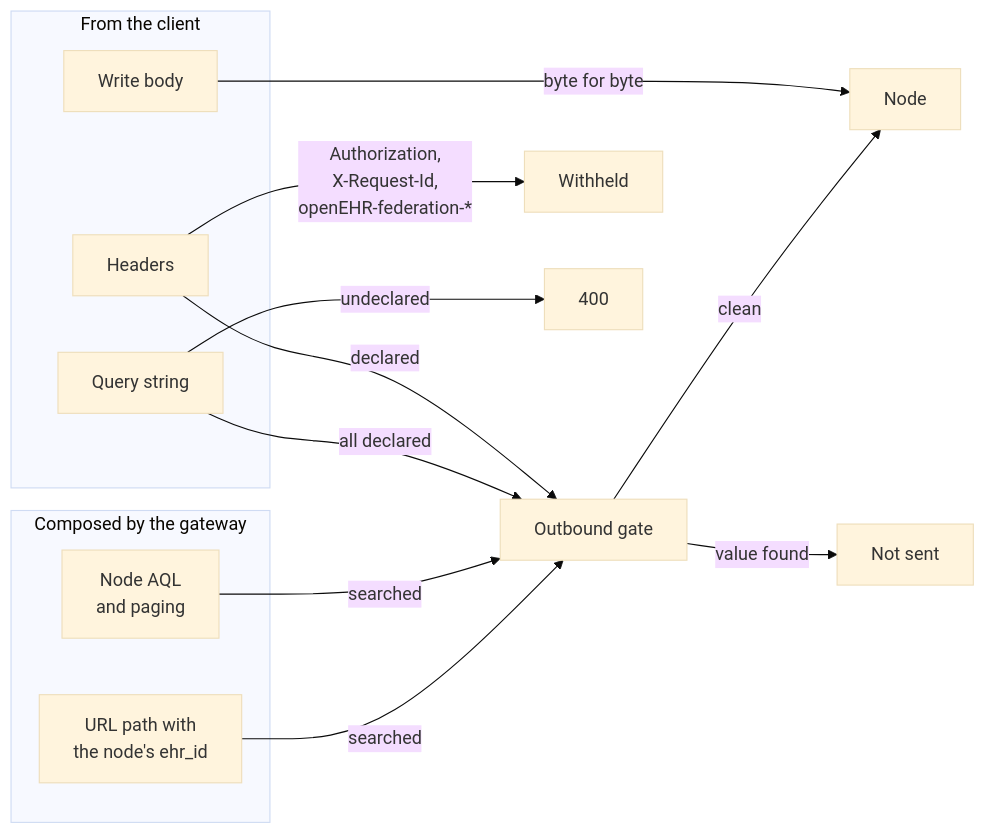
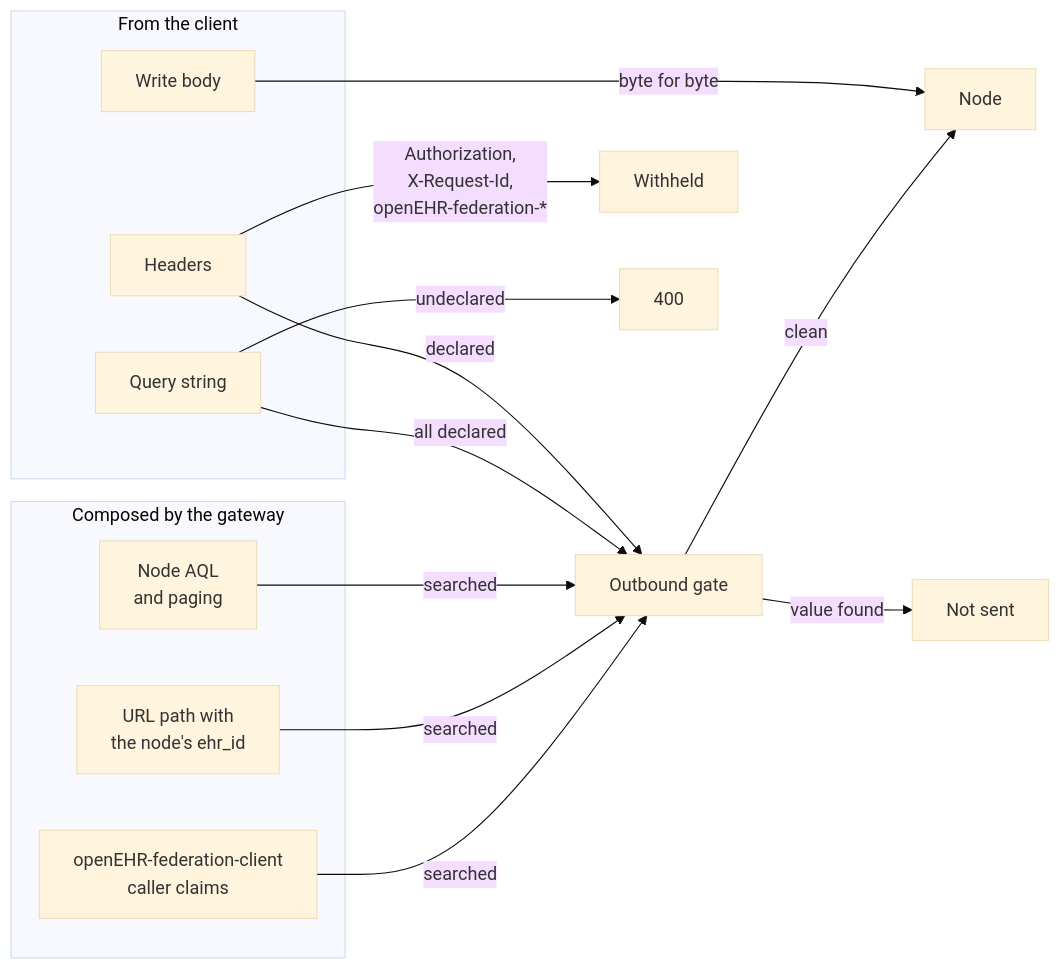
One commit to FerroHEALTH/FerroFED changed the second of 2 diagrams in website/book/src/how-it-works/identifier-hygiene.md. Above: the diagram before and after it, drawn with Mermaid (base theme). The commit also changed other lines of this file and 111 other files, not shown here.

````diff
--- a/website/book/src/how-it-works/identifier-hygiene.md
+++ b/website/book/src/how-it-works/identifier-hygiene.md
@@ -60,21 +60,23 @@
 ```mermaid
 flowchart LR
     subgraph client["From the client"]
         ch["Headers"]
         cq["Query string"]
         cb["Write body"]
     end
     subgraph composed["Composed by the gateway"]
         aql["Node AQL<br/>and paging"]
         path["URL path with<br/>the node's ehr_id"]
+        conv["openEHR-federation-client<br/>caller claims"]
     end
     ch -->|"declared"| gate["Outbound gate"]
     ch -->|"Authorization,<br/>X-Request-Id,<br/>openEHR-federation-*"| held["Withheld"]
     cq -->|"all declared"| gate
     cq -->|"undeclared"| q400["400"]
     cb -->|"byte for byte"| node["Node"]
     aql -->|"searched"| gate
     path -->|"searched"| gate
+    conv -->|"searched"| gate
     gate -->|"clean"| node
     gate -->|"value found"| stop["Not sent"]
 ```
````
